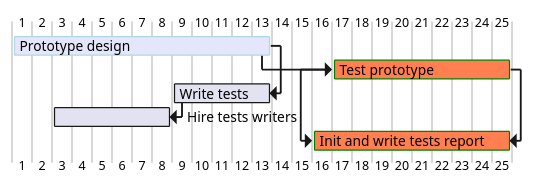
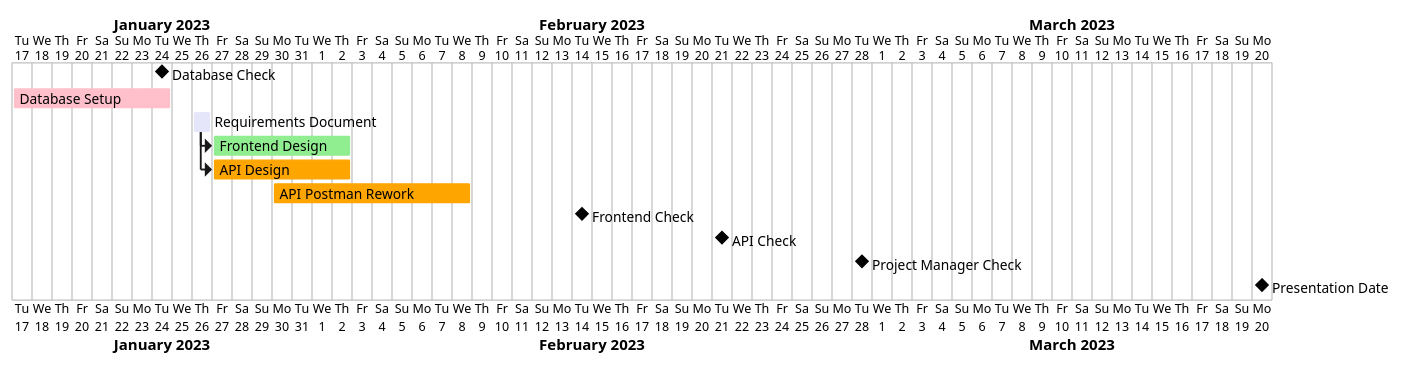
Before and after one commit to ethandrzb/ContactManager: the diagram in uml/gantt.puml, drawn with PlantUML.

Commit message:
Add about half the important stuff to the Gantt chart

```diff
--- a/uml/gantt.puml
+++ b/uml/gantt.puml
@@ -1,10 +1,35 @@
 @startgantt
 'https://plantuml.com/gantt-diagram
 
-[Prototype design] lasts 13 days and is colored in Lavender/LightBlue
-[Test prototype] lasts 9 days and is colored in Coral/Green and starts 3 days after [Prototype design]'s end
-[Write tests] lasts 5 days and ends at [Prototype design]'s end
-[Hire tests writers] lasts 6 days and ends at [Write tests]'s start
-[Init and write tests report] is colored in Coral/Green
-[Init and write tests report] starts 1 day before [Test prototype]'s start and ends at [Test prototype]'s end
+Project starts on 2023-01-17
+
+[Database Check] happens on 2023-01-24
+[Database Setup] lasts 8 days and is colored in Pink
+
+[Requirements Document] lasts 1 day and is colored in Lavender and starts on 2023-01-26
+[Frontend Design] lasts 7 days and is colored in LightGreen and starts after [Requirements Document]'s end
+[API Design] lasts 7 days and is colored in Orange and starts after [Requirements Document]'s end
+[API Postman Rework] lasts 10 days and is colored in Orange and starts on 2023-01-30
+
+
+[Frontend Check] happens on 2023-02-14
+[API Check] happens on 2023-02-21
+[Project Manager Check] happens on 2023-02-28
+
+
+
+
+
+
+
+'
+'[API Login Implementation]
+'[Frontend Login Implementation]
+'[API CRUD Operations]
+'[API Search]
+'[Contact View Page]
+'[Contact Add/Edit Page]
+'[Presentation Preparation]
+
+[Presentation Date] happens on 2023-03-20
 @endgantt
```
